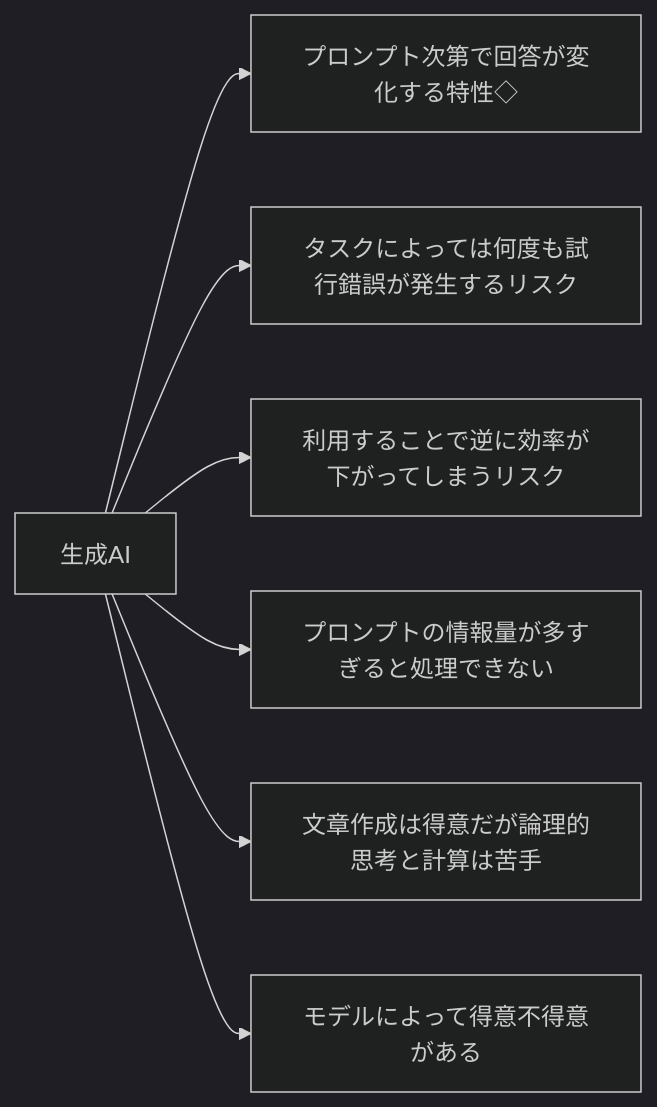
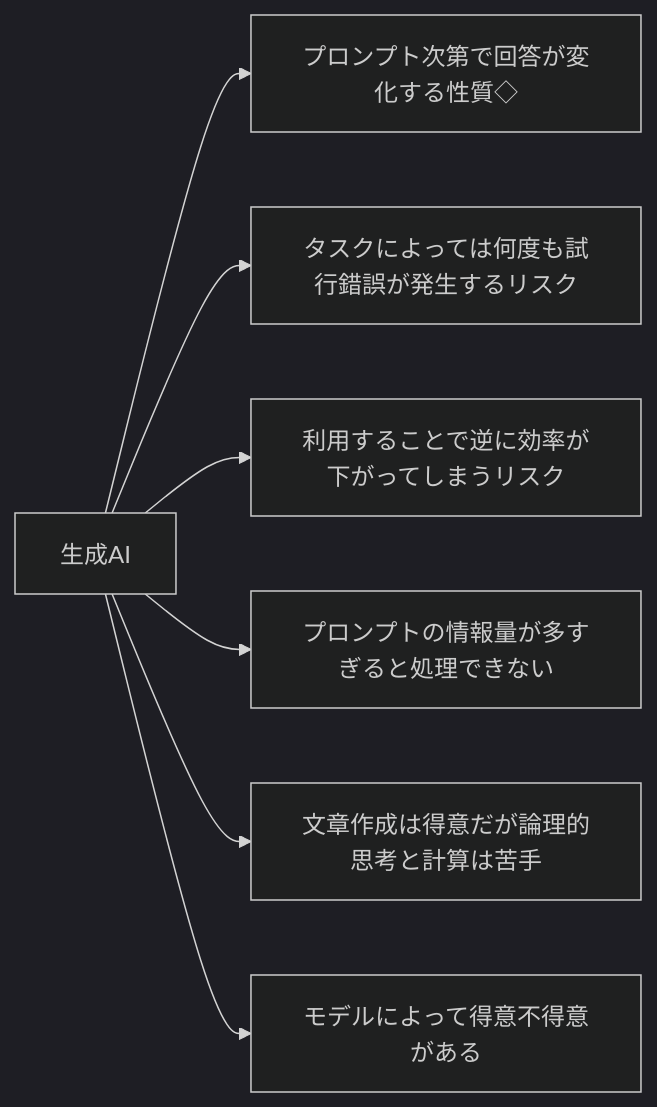
The fourth of 14 diagrams in README.md (SparklingDetergent/doc_genai_Using_Generative_AI_with_Mac_Mini_-Introduction-), drawn with Mermaid (dark theme) before and after one commit.

````diff
--- a/README.md
+++ b/README.md
@@ -105,9 +105,9 @@
 ```mermaid
 graph LR
-    A[生成AI] --> F[プロンプト次第で回答が変化する特性◇]
+    A[生成AI] --> F[プロンプト次第で回答が変化する性質◇]
     A --> G[タスクによっては何度も試行錯誤が発生するリスク]
     A --> B[利用することで逆に効率が下がってしまうリスク]
     A --> E[プロンプトの情報量が多すぎると処理できない]
     A --> C[文章作成は得意だが論理的思考と計算は苦手]
     A --> D[モデルによって得意不得意がある]
 ```
````
